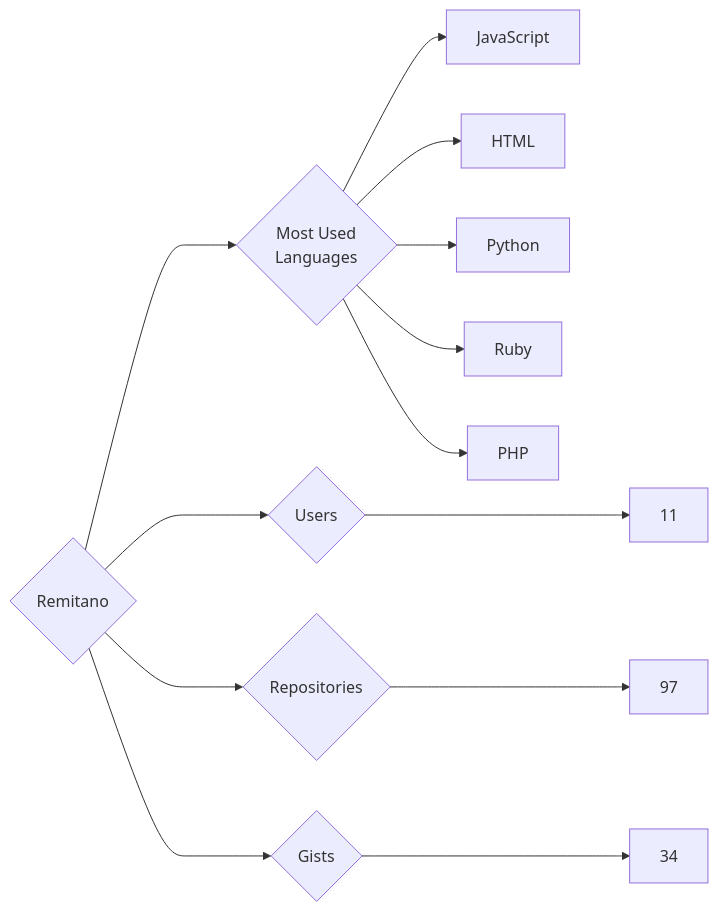
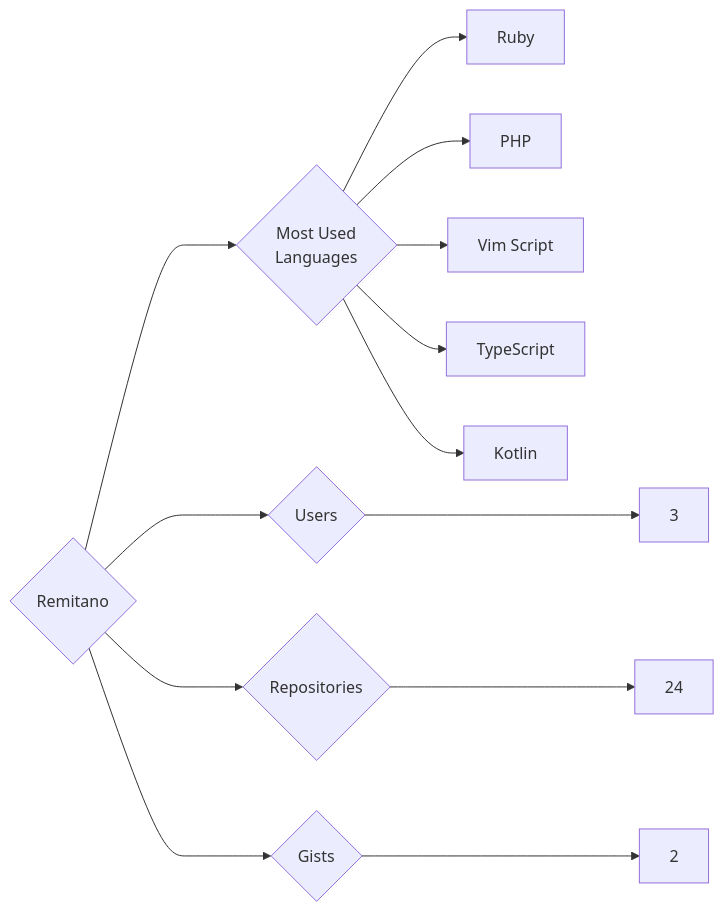
Before and after one commit to trickest/insiders: the diagram in targets/Remitano/README.md, drawn with Mermaid. The commit also changed 787 other files, not shown here.

````diff
--- a/targets/Remitano/README.md
+++ b/targets/Remitano/README.md
@@ -3,13 +3,13 @@
 ```mermaid
 graph LR
 COMPANY_NAME{Remitano}
-COMPANY_NAME ---> U{Users} ---> UN[11]
-COMPANY_NAME ---> R{Repositories} ---> RN[97]
-COMPANY_NAME ---> G{Gists} ---> GN[34]
+COMPANY_NAME ---> U{Users} ---> UN[3]
+COMPANY_NAME ---> R{Repositories} ---> RN[24]
+COMPANY_NAME ---> G{Gists} ---> GN[2]
 COMPANY_NAME ---> ML{Most Used<br>Languages}
-ML --> JavaScript[JavaScript]
-ML --> HTML[HTML]
-ML --> Python[Python]
 ML --> Ruby[Ruby]
 ML --> PHP[PHP]
+ML --> Vim_Script[Vim Script]
+ML --> TypeScript[TypeScript]
+ML --> Kotlin[Kotlin]
 ```
````
